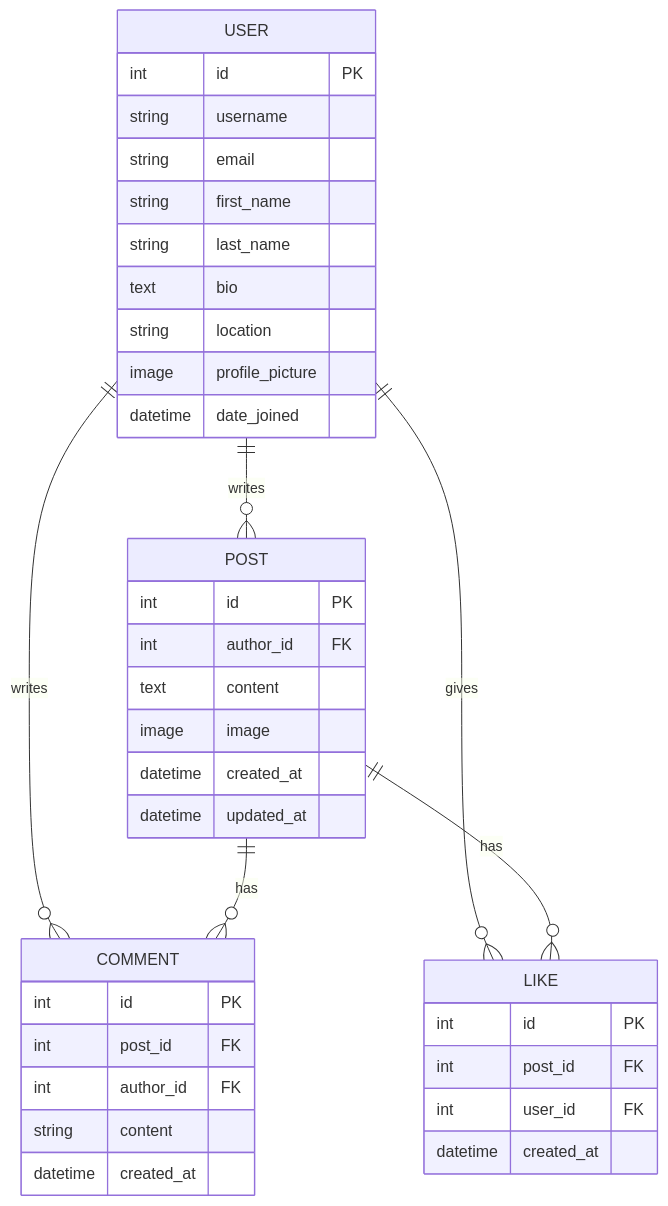
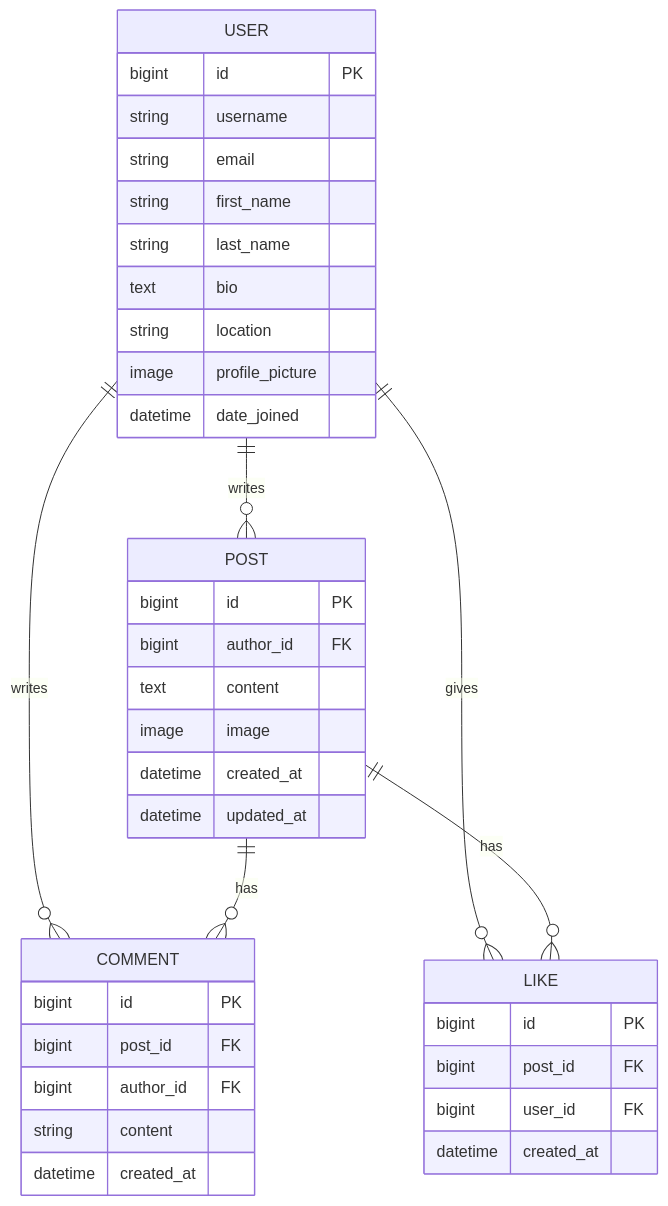
The diagram in Qorvli/README.md (Mdali-1991/Qorvli), drawn with Mermaid before and after one commit. The commit also changed other lines of this file and 26 other files, not shown here.

````diff
--- a/Qorvli/README.md
+++ b/Qorvli/README.md
@@ -61,41 +61,41 @@
 ```mermaid
 erDiagram
     USER ||--o{ POST : writes
     USER ||--o{ COMMENT : writes
     USER ||--o{ LIKE : gives
     POST ||--o{ COMMENT : has
     POST ||--o{ LIKE : has
 
     USER {
-        int id PK
+        bigint id PK
         string username
         string email
         string first_name
         string last_name
         text bio
         string location
         image profile_picture
         datetime date_joined
     }
     POST {
-        int id PK
-        int author_id FK
+        bigint id PK
+        bigint author_id FK
         text content
         image image
         datetime created_at
         datetime updated_at
     }
     COMMENT {
-        int id PK
-        int post_id FK
-        int author_id FK
+        bigint id PK
+        bigint post_id FK
+        bigint author_id FK
         string content
         datetime created_at
     }
     LIKE {
-        int id PK
-        int post_id FK
-        int user_id FK
+        bigint id PK
+        bigint post_id FK
+        bigint user_id FK
         datetime created_at
     }
 ```
````
